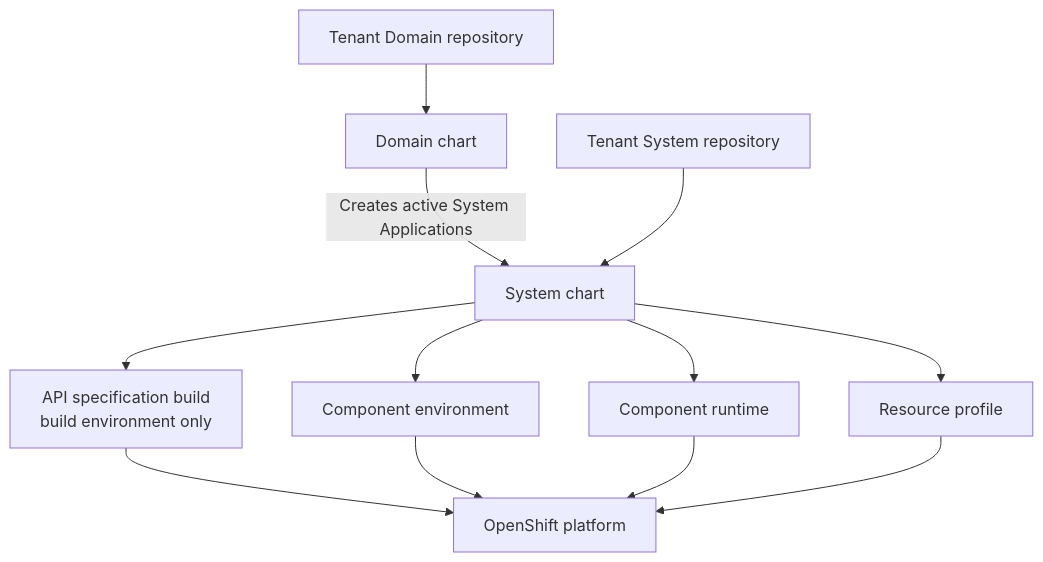
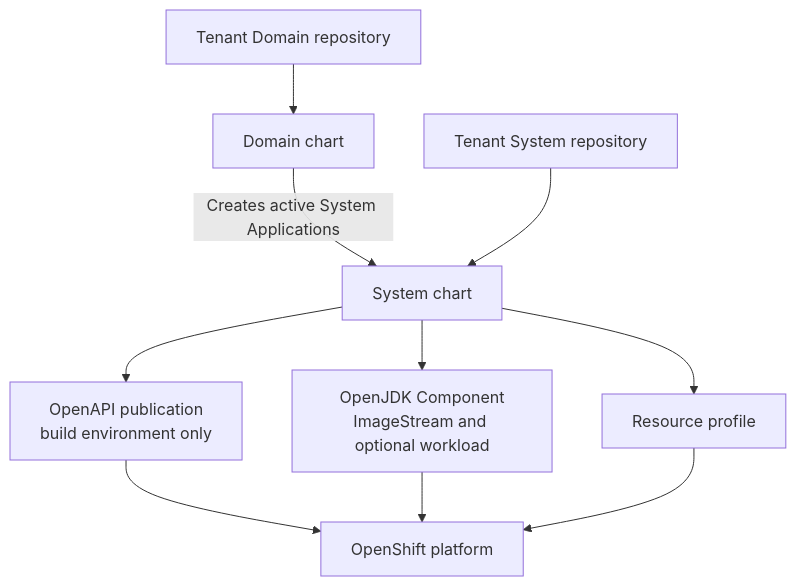
The diagram in README.md (contract-first-idp-test/developer-charts), drawn with Mermaid before and after one commit. The commit also changed other lines of this file and 42 other files, not shown here.

Commit message:
refactor chart paths

````diff
--- a/README.md
+++ b/README.md
@@ -57,16 +57,14 @@
 ```mermaid
 flowchart TD
     accTitle: Developer chart hierarchy
     accDescr: The Domain chart creates System Applications. The build-environment System chart creates API Applications, while every System environment creates matching Component and Resource Applications.
     domainGit[Tenant Domain repository] --> domain[Domain chart]
     domain -->|Creates active System Applications| system[System chart]
     systemGit[Tenant System repository] --> system
-    system --> api["API specification build<br/>build environment only"]
-    system --> componentEnvironment[Component environment]
-    system --> componentRuntime[Component runtime]
+    system --> api["OpenAPI publication<br/>build environment only"]
+    system --> component["OpenJDK Component<br/>ImageStream and optional workload"]
     system --> resource[Resource profile]
     api --> platform[OpenShift platform]
-    componentEnvironment --> platform
-    componentRuntime --> platform
+    component --> platform
     resource --> platform
 ```
````
